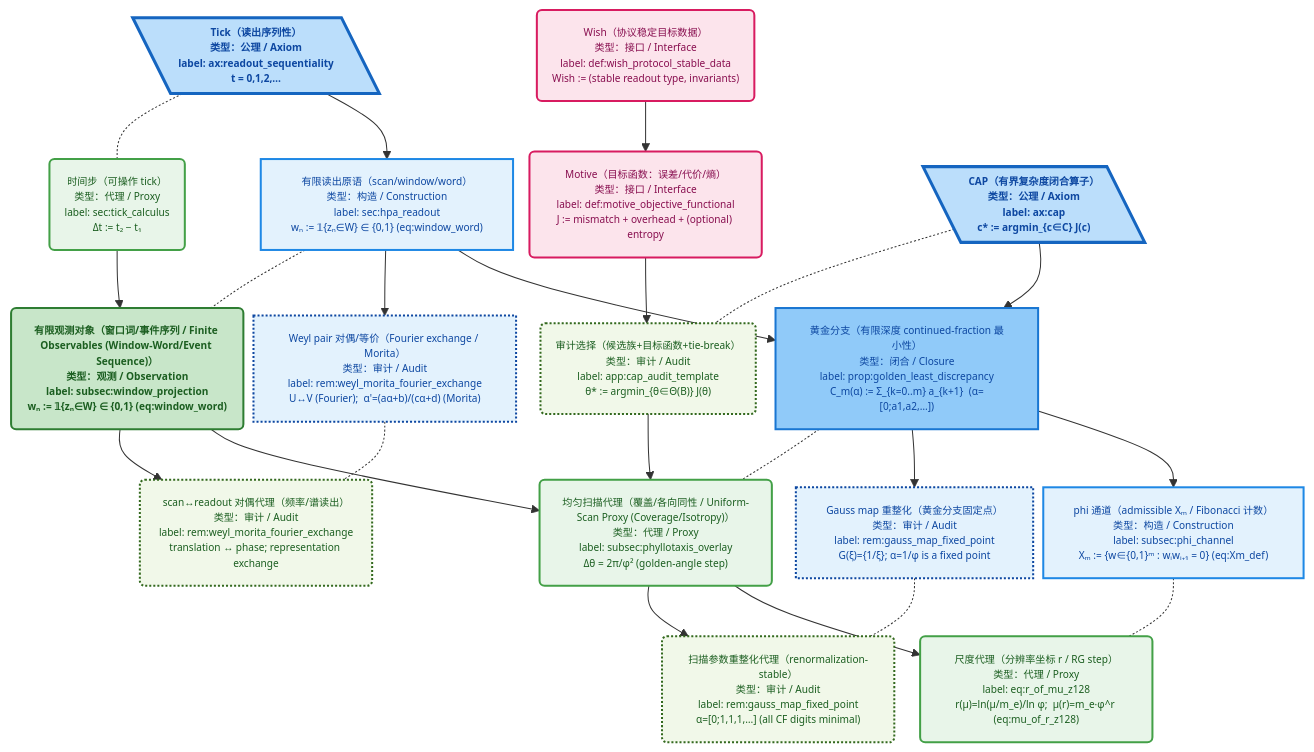
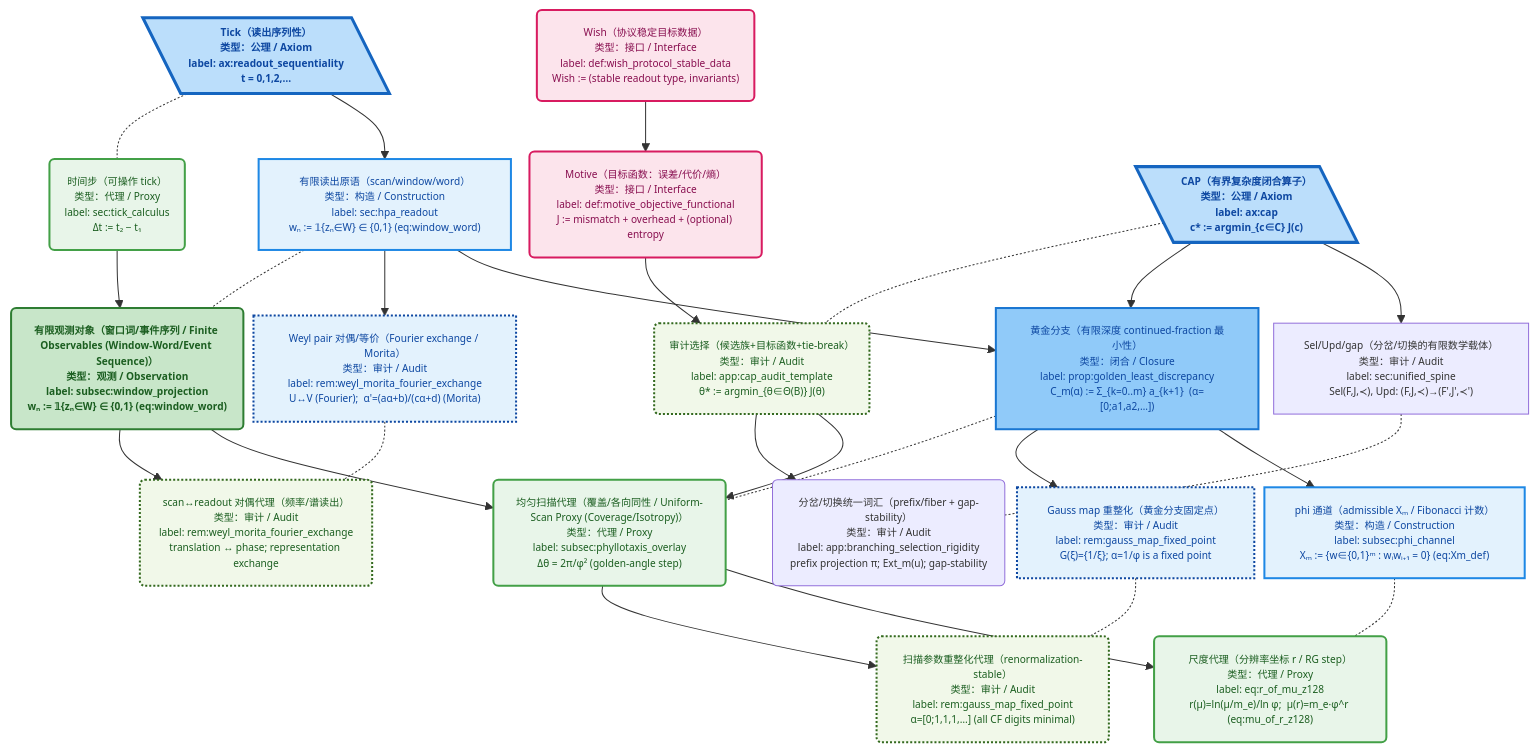
One commit to loning/the-omega changed the first of 13 diagrams in docs/papers/2025_z128_standard_model_stable_sector_hpa_omega/architecture_dag.md. Above: the diagram before and after it, drawn with Mermaid. The commit also changed 1 other file, not shown here.

Commit message:
Enhance architecture and theory documentation with new selection/update vocabulary
- Added new elements to the architecture DAG to represent selection/update mechanisms and their relationships, improving clarity in the flow of the model.
- Introduced a unified vocabulary for selection and updates in the theory closure tracker, establishing explicit criteria for auditability and detailing the implications of branching and switching narratives.
- Updated references throughout the documents to ensure consistency with the new vocabulary and structural enhancements.

```diff
--- a/docs/papers/2025_z128_standard_model_stable_sector_hpa_omega/architecture_dag.md
+++ b/docs/papers/2025_z128_standard_model_stable_sector_hpa_omega/architecture_dag.md
@@ -71,6 +71,10 @@
   P_select("审计选择（候选族+目标函数+tie-break）<br/>类型：审计 / Audit<br/>label: app:cap_audit_template<br/>θ* := argmin_{θ∈Θ(B)} J(θ)")
   M_cap -.- P_select
 
+  M_selupd["Sel/Upd/gap（分岔/切换的有限数学载体）<br/>类型：审计 / Audit<br/>label: sec:unified_spine<br/>Sel(F,J,≺), Upd: (F,J,≺)→(F',J',≺')"]
+  P_selupd("分岔/切换统一词汇（prefix/fiber + gap-stability）<br/>类型：审计 / Audit<br/>label: app:branching_selection_rigidity<br/>prefix projection π; Ext_m(u); gap-stability")
+  M_selupd -.- P_selupd
+
   M_golden["黄金分支（有限深度 continued-fraction 最小性）<br/>类型：闭合 / Closure<br/>label: prop:golden_least_discrepancy<br/>C_m(α) := Σ_{k=0..m} a_{k+1}  (α=[0;a1,a2,…])"]
   P_scan("均匀扫描代理（覆盖/各向同性 / Uniform-Scan Proxy (Coverage/Isotropy)）<br/>类型：代理 / Proxy<br/>label: subsec:phyllotaxis_overlay<br/>Δθ = 2π/φ² (golden-angle step)")
   M_golden -.- P_scan
@@ -92,6 +96,8 @@
 
   M_cap --> M_golden
   M_readout --> M_golden
+  M_cap --> M_selupd
+  P_select --> P_selupd
   P_select --> P_scan
   P_obs --> P_scan
   M_golden --> M_gauss
```
